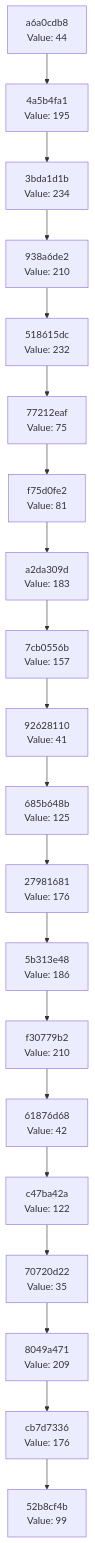
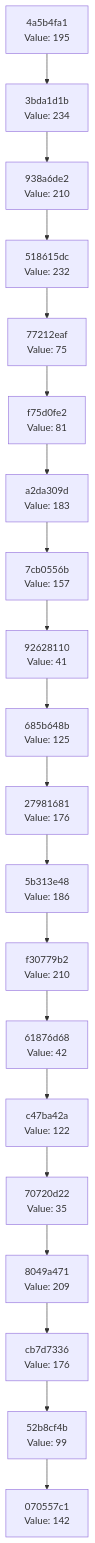
The diagram in docs/CHAIN_VISUALIZATION.md (Abhisheksinha1506/hash-chain-evolver), drawn with Mermaid before and after one commit. The commit also changed 3 other files, not shown here.

````diff
--- a/docs/CHAIN_VISUALIZATION.md
+++ b/docs/CHAIN_VISUALIZATION.md
@@ -3,42 +3,42 @@
 ```mermaid
 graph TD
-    C0["52b8cf4b<br/>Value: 99"]
-    C1["cb7d7336<br/>Value: 176"]
+    C0["070557c1<br/>Value: 142"]
+    C1["52b8cf4b<br/>Value: 99"]
     C1 --> C0
-    C2["8049a471<br/>Value: 209"]
+    C2["cb7d7336<br/>Value: 176"]
     C2 --> C1
-    C3["70720d22<br/>Value: 35"]
+    C3["8049a471<br/>Value: 209"]
     C3 --> C2
-    C4["c47ba42a<br/>Value: 122"]
+    C4["70720d22<br/>Value: 35"]
     C4 --> C3
-    C5["61876d68<br/>Value: 42"]
+    C5["c47ba42a<br/>Value: 122"]
     C5 --> C4
-    C6["f30779b2<br/>Value: 210"]
+    C6["61876d68<br/>Value: 42"]
     C6 --> C5
-    C7["5b313e48<br/>Value: 186"]
+    C7["f30779b2<br/>Value: 210"]
     C7 --> C6
-    C8["27981681<br/>Value: 176"]
+    C8["5b313e48<br/>Value: 186"]
     C8 --> C7
-    C9["685b648b<br/>Value: 125"]
+    C9["27981681<br/>Value: 176"]
     C9 --> C8
-    C10["92628110<br/>Value: 41"]
+    C10["685b648b<br/>Value: 125"]
     C10 --> C9
-    C11["7cb0556b<br/>Value: 157"]
+    C11["92628110<br/>Value: 41"]
     C11 --> C10
-    C12["a2da309d<br/>Value: 183"]
+    C12["7cb0556b<br/>Value: 157"]
     C12 --> C11
-    C13["f75d0fe2<br/>Value: 81"]
+    C13["a2da309d<br/>Value: 183"]
     C13 --> C12
-    C14["77212eaf<br/>Value: 75"]
+    C14["f75d0fe2<br/>Value: 81"]
     C14 --> C13
-    C15["518615dc<br/>Value: 232"]
+    C15["77212eaf<br/>Value: 75"]
     C15 --> C14
-    C16["938a6de2<br/>Value: 210"]
+    C16["518615dc<br/>Value: 232"]
     C16 --> C15
-    C17["3bda1d1b<br/>Value: 234"]
+    C17["938a6de2<br/>Value: 210"]
     C17 --> C16
-    C18["4a5b4fa1<br/>Value: 195"]
+    C18["3bda1d1b<br/>Value: 234"]
     C18 --> C17
-    C19["a6a0cdb8<br/>Value: 44"]
+    C19["4a5b4fa1<br/>Value: 195"]
     C19 --> C18
 ```
````
